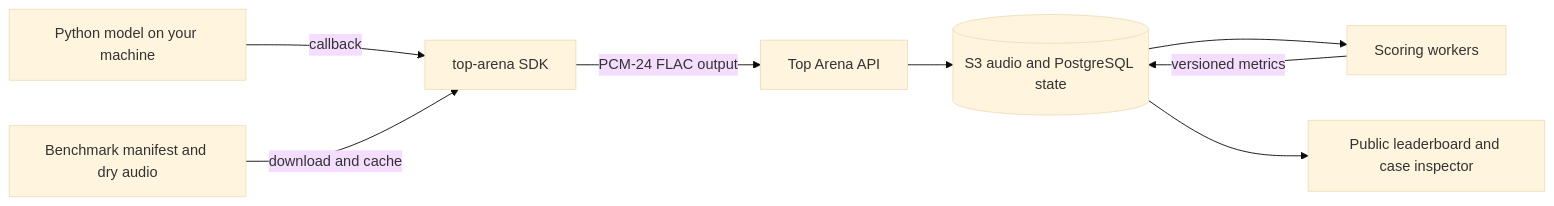
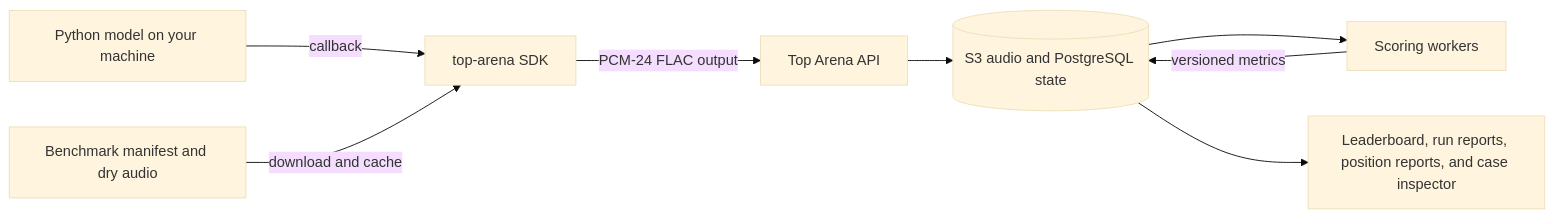
The diagram in README.md (qforge-dev/top-bench), drawn with Mermaid (base theme) before and after one commit. The commit also changed other lines of this file and 17 other files, not shown here.

Commit message:
Add run and position analysis reports

````diff
--- a/README.md
+++ b/README.md
@@ -27,10 +27,10 @@
 ```mermaid
 flowchart LR
     A[Python model on your machine] -->|callback| B[top-arena SDK]
     C[Benchmark manifest and dry audio] -->|download and cache| B
     B -->|PCM-24 FLAC output| D[Top Arena API]
     D --> E[(S3 audio and PostgreSQL state)]
     E --> F[Scoring workers]
     F -->|versioned metrics| E
-    E --> G[Public leaderboard and case inspector]
+    E --> G[Leaderboard, run reports, position reports, and case inspector]
 ```
````
